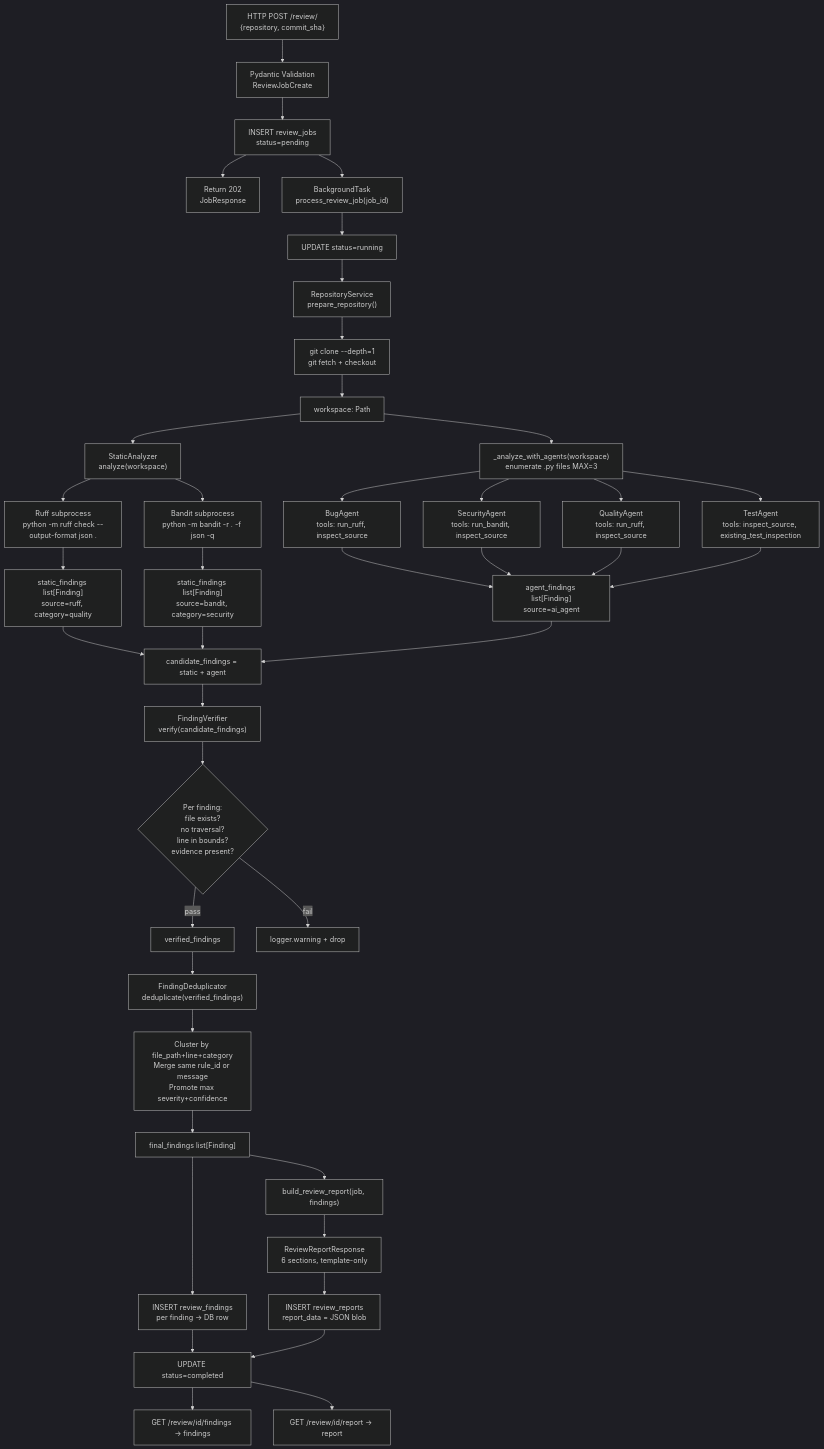
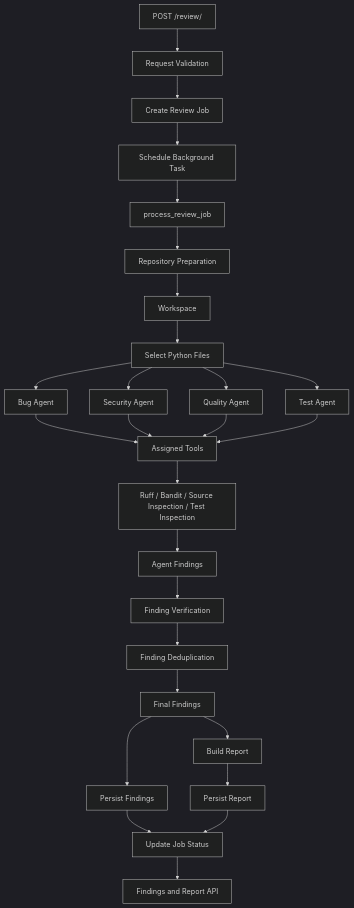
The diagram in docs/traces.md (uroojjunaid628-oss/code-Ops_code_reviewer), drawn with Mermaid (dark theme) before and after one commit. The commit also changed other lines of this file and 13 other files, not shown here.

Commit message:
Improve agent tools and expand review capacity

````diff
--- a/docs/traces.md
+++ b/docs/traces.md
@@ -110,45 +115,37 @@
 ```mermaid
 flowchart TD
-    A["HTTP POST /review/\n{repository, commit_sha}"] --> B["Pydantic Validation\nReviewJobCreate"]
-    B --> C["INSERT review_jobs\nstatus=pending"]
-    C --> D["Return 202\nJobResponse"]
-    C --> E["BackgroundTask\nprocess_review_job(job_id)"]
+    A["POST /review/"] --> B["Request Validation"]
+    B --> C["Create Review Job"]
+    C --> D["Schedule Background Task"]
 
-    E --> F["UPDATE status=running"]
-    F --> G["RepositoryService\nprepare_repository()"]
-    G --> H["git clone --depth=1\ngit fetch + checkout"]
-    H --> I["workspace: Path"]
+    D --> E["process_review_job"]
+    E --> F["Repository Preparation"]
+    F --> G["Workspace"]
 
-    I --> J["StaticAnalyzer\nanalyze(workspace)"]
-    J --> K["Ruff subprocess\npython -m ruff check --output-format json ."]
-    J --> L["Bandit subprocess\npython -m bandit -r . -f json -q"]
-    K --> M["static_findings list[Finding]\nsource=ruff, category=quality"]
-    L --> N["static_findings list[Finding]\nsource=bandit, category=security"]
+    G --> H["Select Python Files"]
+    H --> I["Bug Agent"]
+    H --> J["Security Agent"]
+    H --> K["Quality Agent"]
+    H --> L["Test Agent"]
 
-    I --> O["_analyze_with_agents(workspace)\nenumerate .py files MAX=3"]
-    O --> P["BugAgent\ntools: run_ruff, inspect_source"]
-    O --> Q["SecurityAgent\ntools: run_bandit, inspect_source"]
-    O --> R["QualityAgent\ntools: run_ruff, inspect_source"]
-    O --> S["TestAgent\ntools: inspect_source, existing_test_inspection"]
-    P & Q & R & S --> T["agent_findings list[Finding]\nsource=ai_agent"]
+    I --> M["Assigned Tools"]
+    J --> M
+    K --> M
+    L --> M
 
-    M & N & T --> U["candidate_findings = static + agent"]
+    M --> N["Ruff / Bandit / Source Inspection / Test Inspection"]
+    N --> O["Agent Findings"]
 
-    U --> V["FindingVerifier\nverify(candidate_findings)"]
-    V --> W{"Per finding:\nfile exists?\nno traversal?\nline in bounds?\nevidence present?"}
-    W -- pass --> X["verified_findings"]
-    W -- fail --> Y["logger.warning + drop"]
+    O --> P["Finding Verification"]
+    P --> Q["Finding Deduplication"]
+    Q --> R["Final Findings"]
 
-    X --> Z["FindingDeduplicator\ndeduplicate(verified_findings)"]
-    Z --> AA["Cluster by file_path+line+category\nMerge same rule_id or message\nPromote max severity+confidence"]
-    AA --> AB["final_findings list[Finding]"]
+    R --> S["Persist Findings"]
+    R --> T["Build Report"]
 
-    AB --> AC["INSERT review_findings\nper finding → DB row"]
-    AB --> AD["build_review_report(job, findings)"]
-    AD --> AE["ReviewReportResponse\n6 sections, template-only"]
-    AE --> AF["INSERT review_reports\nreport_data = JSON blob"]
+    T --> U["Persist Report"]
+    S --> V["Update Job Status"]
+    U --> V
 
-    AC & AF --> AG["UPDATE status=completed"]
-    AG --> AH["GET /review/id/findings → findings"]
-    AG --> AI["GET /review/id/report → report"]
+    V --> W["Findings and Report API"]
 ```
````
